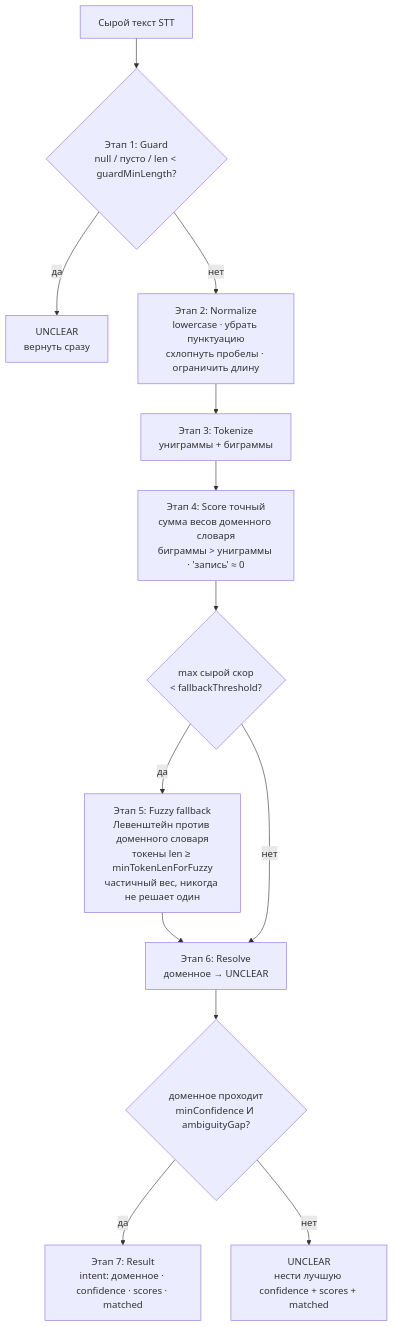
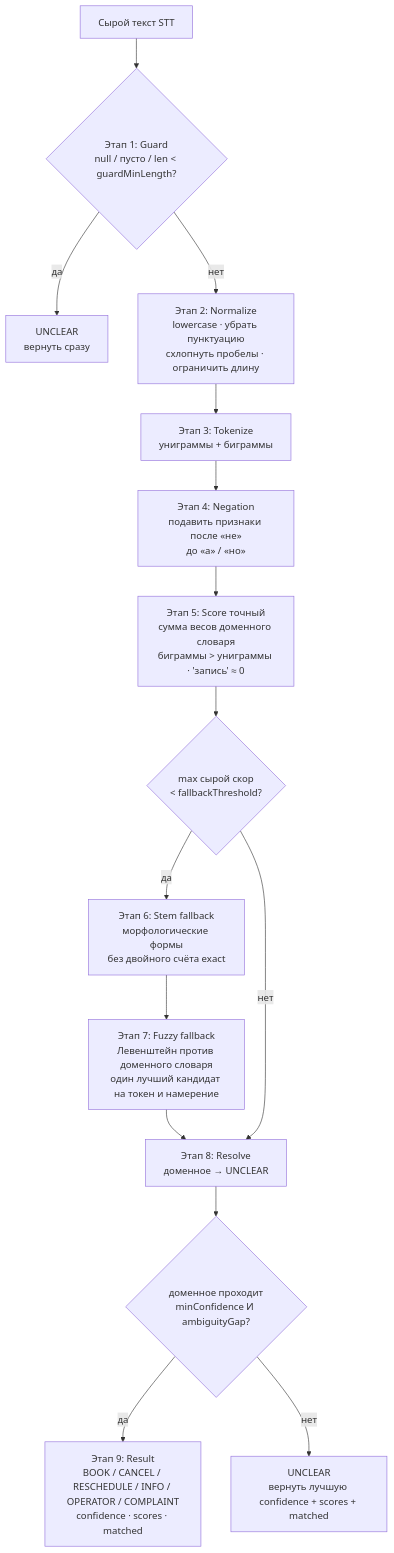
The diagram in docs/schema.mmd (MaxShevtcov/med_zvon), drawn with Mermaid before and after one commit. The commit also changed 9 other files, not shown here.

````diff
--- a/docs/schema.mmd
+++ b/docs/schema.mmd
@@ -1,15 +1,17 @@
 ```mermaid
 flowchart TD
     IN[Сырой текст STT] --> G{Этап 1: Guard<br/>null / пусто / len &lt; guardMinLength?}
     G -- да --> U1[UNCLEAR<br/>вернуть сразу]
     G -- нет --> N[Этап 2: Normalize<br/>lowercase · убрать пунктуацию<br/>схлопнуть пробелы · ограничить длину]
     N --> T[Этап 3: Tokenize<br/>униграммы + биграммы]
-    T --> S[Этап 4: Score точный<br/>сумма весов доменного словаря<br/>биграммы &gt; униграммы · 'запись' ≈ 0]
+    T --> NG[Этап 4: Negation<br/>подавить признаки после «не»<br/>до «а» / «но»]
+    NG --> S[Этап 5: Score точный<br/>сумма весов доменного словаря<br/>биграммы &gt; униграммы · 'запись' ≈ 0]
     S --> FC{max сырой скор<br/>&lt; fallbackThreshold?}
-    FC -- да --> FZ[Этап 5: Fuzzy fallback<br/>Левенштейн против доменного словаря<br/>токены len ≥ minTokenLenForFuzzy<br/>частичный вес, никогда не решает один]
+    FC -- да --> ST[Этап 6: Stem fallback<br/>морфологические формы<br/>без двойного счёта exact]
+    ST --> FZ[Этап 7: Fuzzy fallback<br/>Левенштейн против доменного словаря<br/>один лучший кандидат на токен и намерение]
     FZ --> R
-    FC -- нет --> R[Этап 6: Resolve<br/>доменное → UNCLEAR]
+    FC -- нет --> R[Этап 8: Resolve<br/>доменное → UNCLEAR]
     R --> D{доменное проходит<br/>minConfidence И ambiguityGap?}
-    D -- да --> OUT[Этап 7: Result<br/>intent: доменное · confidence · scores · matched]
-    D -- нет --> U2[UNCLEAR<br/>нести лучшую confidence + scores + matched]
+    D -- да --> OUT[Этап 9: Result<br/>BOOK / CANCEL / RESCHEDULE / INFO / OPERATOR / COMPLAINT<br/>confidence · scores · matched]
+    D -- нет --> U2[UNCLEAR<br/>вернуть лучшую confidence + scores + matched]
 ```
````
